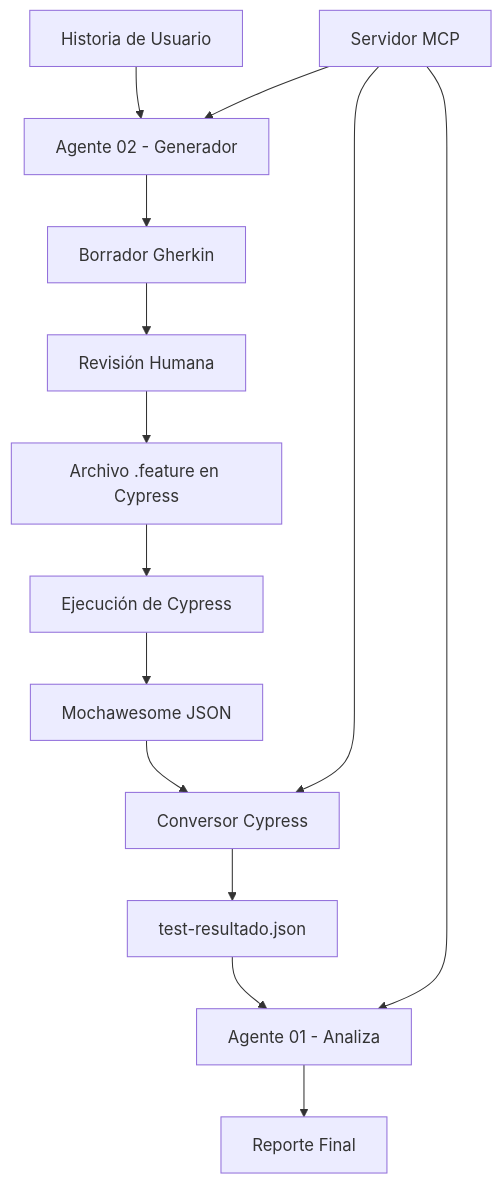
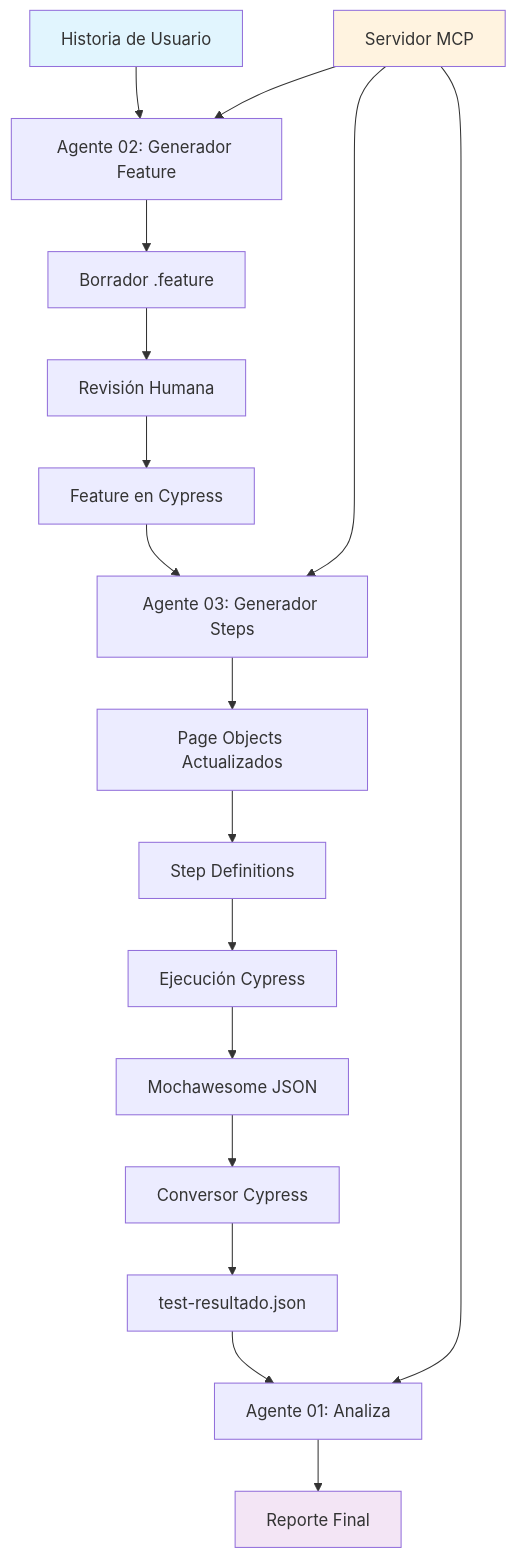
The first of 4 diagrams in README.md (wmazzilli03/qa-agente-v2), drawn with Mermaid before and after one commit. The commit also changed other lines of this file and 3 other files, not shown here.

````diff
--- a/README.md
+++ b/README.md
@@ -252,17 +336,24 @@
 ```mermaid
 graph TD
-    A[Historia de Usuario] --> B[Agente 02 - Generador]
-    B --> C[Borrador Gherkin]
+    A[Historia de Usuario] --> B[Agente 02: Generador Feature]
+    B --> C[Borrador .feature]
     C --> D[Revisión Humana]
-    D --> E[Archivo .feature en Cypress]
-    E --> F[Ejecución de Cypress]
-    F --> G[Mochawesome JSON]
-    G --> H[Conversor Cypress]
-    H --> I[test-resultado.json]
-    I --> J[Agente 01 - Analiza]
-    J --> K[Reporte Final]
+    D --> E[Feature en Cypress]
+    E --> F[Agente 03: Generador Steps]
+    F --> G[Page Objects Actualizados]
+    G --> H[Step Definitions]
+    H --> I[Ejecución Cypress]
+    I --> J[Mochawesome JSON]
+    J --> K[Conversor Cypress]
+    K --> L[test-resultado.json]
+    L --> M[Agente 01: Analiza]
+    M --> N[Reporte Final]
     
-    L[Servidor MCP] --> B
-    L --> J
-    L --> H
+    O[Servidor MCP] --> B
+    O --> F
+    O --> M
+    
+    style A fill:#e1f5fe
+    style N fill:#f3e5f5
+    style O fill:#fff3e0
 ```
````
